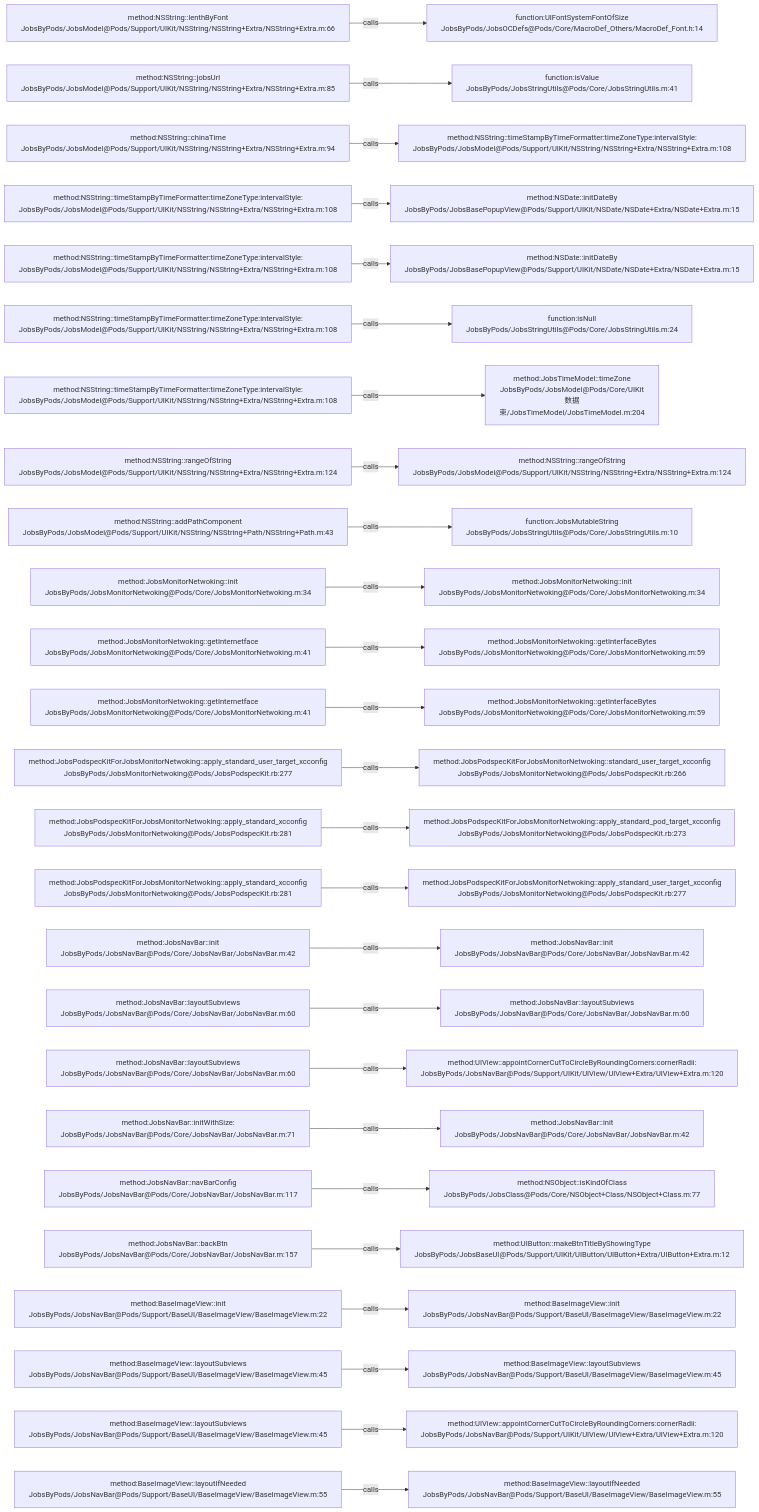
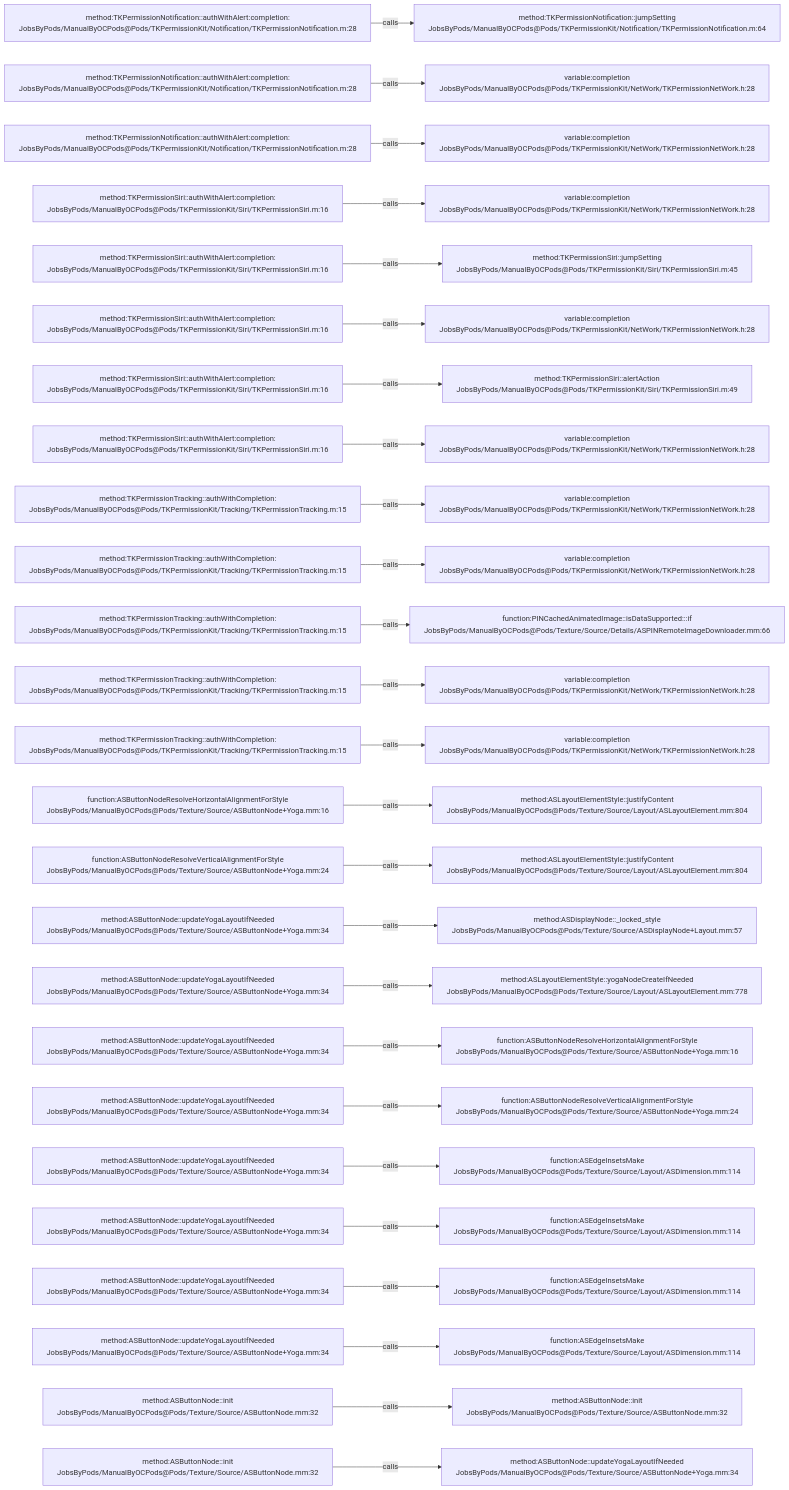
One commit to JobsKits/JobsOCBaseConfigDemo changed the diagram in .codegraph/codegraph.md/graphs/calls-078.md. Above: the diagram before and after it, drawn with Mermaid. The commit also changed 2162 other files, not shown here.

````diff
--- a/.codegraph/codegraph.md/graphs/calls-078.md
+++ b/.codegraph/codegraph.md/graphs/calls-078.md
@@ -13,78 +13,78 @@
 ```mermaid
 flowchart LR
-  S1["method:NSString::lenthByFont<br/>JobsByPods/JobsModel@Pods/Support/UIKit/NSString/NSString+Extra/NSString+Extra.m:66"]
-  T1["function:UIFontSystemFontOfSize<br/>JobsByPods/JobsOCDefs@Pods/Core/MacroDef_Others/MacroDef_Font.h:14"]
+  S1["method:TKPermissionNotification::authWithAlert:completion:<br/>JobsByPods/ManualByOCPods@Pods/TKPermissionKit/Notification/TKPermissionNotification.m:28"]
+  T1["method:TKPermissionNotification::jumpSetting<br/>JobsByPods/ManualByOCPods@Pods/TKPermissionKit/Notification/TKPermissionNotification.m:64"]
   S1 -->|calls| T1
-  S2["method:NSString::jobsUrl<br/>JobsByPods/JobsModel@Pods/Support/UIKit/NSString/NSString+Extra/NSString+Extra.m:85"]
-  T2["function:isValue<br/>JobsByPods/JobsStringUtils@Pods/Core/JobsStringUtils.m:41"]
+  S2["method:TKPermissionNotification::authWithAlert:completion:<br/>JobsByPods/ManualByOCPods@Pods/TKPermissionKit/Notification/TKPermissionNotification.m:28"]
+  T2["variable:completion<br/>JobsByPods/ManualByOCPods@Pods/TKPermissionKit/NetWork/TKPermissionNetWork.h:28"]
   S2 -->|calls| T2
-  S3["method:NSString::chinaTime<br/>JobsByPods/JobsModel@Pods/Support/UIKit/NSString/NSString+Extra/NSString+Extra.m:94"]
-  T3["method:NSString::timeStampByTimeFormatter:timeZoneType:intervalStyle:<br/>JobsByPods/JobsModel@Pods/Support/UIKit/NSString/NSString+Extra/NSString+Extra.m:108"]
+  S3["method:TKPermissionNotification::authWithAlert:completion:<br/>JobsByPods/ManualByOCPods@Pods/TKPermissionKit/Notification/TKPermissionNotification.m:28"]
+  T3["variable:completion<br/>JobsByPods/ManualByOCPods@Pods/TKPermissionKit/NetWork/TKPermissionNetWork.h:28"]
   S3 -->|calls| T3
-  S4["method:NSString::timeStampByTimeFormatter:timeZoneType:intervalStyle:<br/>JobsByPods/JobsModel@Pods/Support/UIKit/NSString/NSString+Extra/NSString+Extra.m:108"]
-  T4["method:NSDate::initDateBy<br/>JobsByPods/JobsBasePopupView@Pods/Support/UIKit/NSDate/NSDate+Extra/NSDate+Extra.m:15"]
+  S4["method:TKPermissionSiri::authWithAlert:completion:<br/>JobsByPods/ManualByOCPods@Pods/TKPermissionKit/Siri/TKPermissionSiri.m:16"]
+  T4["variable:completion<br/>JobsByPods/ManualByOCPods@Pods/TKPermissionKit/NetWork/TKPermissionNetWork.h:28"]
   S4 -->|calls| T4
-  S5["method:NSString::timeStampByTimeFormatter:timeZoneType:intervalStyle:<br/>JobsByPods/JobsModel@Pods/Support/UIKit/NSString/NSString+Extra/NSString+Extra.m:108"]
-  T5["method:NSDate::initDateBy<br/>JobsByPods/JobsBasePopupView@Pods/Support/UIKit/NSDate/NSDate+Extra/NSDate+Extra.m:15"]
+  S5["method:TKPermissionSiri::authWithAlert:completion:<br/>JobsByPods/ManualByOCPods@Pods/TKPermissionKit/Siri/TKPermissionSiri.m:16"]
+  T5["method:TKPermissionSiri::jumpSetting<br/>JobsByPods/ManualByOCPods@Pods/TKPermissionKit/Siri/TKPermissionSiri.m:45"]
   S5 -->|calls| T5
-  S6["method:NSString::timeStampByTimeFormatter:timeZoneType:intervalStyle:<br/>JobsByPods/JobsModel@Pods/Support/UIKit/NSString/NSString+Extra/NSString+Extra.m:108"]
-  T6["function:isNull<br/>JobsByPods/JobsStringUtils@Pods/Core/JobsStringUtils.m:24"]
+  S6["method:TKPermissionSiri::authWithAlert:completion:<br/>JobsByPods/ManualByOCPods@Pods/TKPermissionKit/Siri/TKPermissionSiri.m:16"]
+  T6["variable:completion<br/>JobsByPods/ManualByOCPods@Pods/TKPermissionKit/NetWork/TKPermissionNetWork.h:28"]
   S6 -->|calls| T6
-  S7["method:NSString::timeStampByTimeFormatter:timeZoneType:intervalStyle:<br/>JobsByPods/JobsModel@Pods/Support/UIKit/NSString/NSString+Extra/NSString+Extra.m:108"]
-  T7["method:JobsTimeModel::timeZone<br/>JobsByPods/JobsModel@Pods/Core/UIKit数据束/JobsTimeModel/JobsTimeModel.m:204"]
+  S7["method:TKPermissionSiri::authWithAlert:completion:<br/>JobsByPods/ManualByOCPods@Pods/TKPermissionKit/Siri/TKPermissionSiri.m:16"]
+  T7["method:TKPermissionSiri::alertAction<br/>JobsByPods/ManualByOCPods@Pods/TKPermissionKit/Siri/TKPermissionSiri.m:49"]
   S7 -->|calls| T7
-  S8["method:NSString::rangeOfString<br/>JobsByPods/JobsModel@Pods/Support/UIKit/NSString/NSString+Extra/NSString+Extra.m:124"]
-  T8["method:NSString::rangeOfString<br/>JobsByPods/JobsModel@Pods/Support/UIKit/NSString/NSString+Extra/NSString+Extra.m:124"]
+  S8["method:TKPermissionSiri::authWithAlert:completion:<br/>JobsByPods/ManualByOCPods@Pods/TKPermissionKit/Siri/TKPermissionSiri.m:16"]
+  T8["variable:completion<br/>JobsByPods/ManualByOCPods@Pods/TKPermissionKit/NetWork/TKPermissionNetWork.h:28"]
   S8 -->|calls| T8
-  S9["method:NSString::addPathComponent<br/>JobsByPods/JobsModel@Pods/Support/UIKit/NSString/NSString+Path/NSString+Path.m:43"]
-  T9["function:JobsMutableString<br/>JobsByPods/JobsStringUtils@Pods/Core/JobsStringUtils.m:10"]
+  S9["method:TKPermissionTracking::authWithCompletion:<br/>JobsByPods/ManualByOCPods@Pods/TKPermissionKit/Tracking/TKPermissionTracking.m:15"]
+  T9["variable:completion<br/>JobsByPods/ManualByOCPods@Pods/TKPermissionKit/NetWork/TKPermissionNetWork.h:28"]
   S9 -->|calls| T9
-  S10["method:JobsMonitorNetwoking::init<br/>JobsByPods/JobsMonitorNetwoking@Pods/Core/JobsMonitorNetwoking.m:34"]
-  T10["method:JobsMonitorNetwoking::init<br/>JobsByPods/JobsMonitorNetwoking@Pods/Core/JobsMonitorNetwoking.m:34"]
+  S10["method:TKPermissionTracking::authWithCompletion:<br/>JobsByPods/ManualByOCPods@Pods/TKPermissionKit/Tracking/TKPermissionTracking.m:15"]
+  T10["variable:completion<br/>JobsByPods/ManualByOCPods@Pods/TKPermissionKit/NetWork/TKPermissionNetWork.h:28"]
   S10 -->|calls| T10
-  S11["method:JobsMonitorNetwoking::getInternetface<br/>JobsByPods/JobsMonitorNetwoking@Pods/Core/JobsMonitorNetwoking.m:41"]
-  T11["method:JobsMonitorNetwoking::getInterfaceBytes<br/>JobsByPods/JobsMonitorNetwoking@Pods/Core/JobsMonitorNetwoking.m:59"]
+  S11["method:TKPermissionTracking::authWithCompletion:<br/>JobsByPods/ManualByOCPods@Pods/TKPermissionKit/Tracking/TKPermissionTracking.m:15"]
+  T11["function:PINCachedAnimatedImage::isDataSupported:::if<br/>JobsByPods/ManualByOCPods@Pods/Texture/Source/Details/ASPINRemoteImageDownloader.mm:66"]
   S11 -->|calls| T11
-  S12["method:JobsMonitorNetwoking::getInternetface<br/>JobsByPods/JobsMonitorNetwoking@Pods/Core/JobsMonitorNetwoking.m:41"]
-  T12["method:JobsMonitorNetwoking::getInterfaceBytes<br/>JobsByPods/JobsMonitorNetwoking@Pods/Core/JobsMonitorNetwoking.m:59"]
+  S12["method:TKPermissionTracking::authWithCompletion:<br/>JobsByPods/ManualByOCPods@Pods/TKPermissionKit/Tracking/TKPermissionTracking.m:15"]
+  T12["variable:completion<br/>JobsByPods/ManualByOCPods@Pods/TKPermissionKit/NetWork/TKPermissionNetWork.h:28"]
   S12 -->|calls| T12
-  S13["method:JobsPodspecKitForJobsMonitorNetwoking::apply_standard_user_target_xcconfig<br/>JobsByPods/JobsMonitorNetwoking@Pods/JobsPodspecKit.rb:277"]
-  T13["method:JobsPodspecKitForJobsMonitorNetwoking::standard_user_target_xcconfig<br/>JobsByPods/JobsMonitorNetwoking@Pods/JobsPodspecKit.rb:266"]
+  S13["method:TKPermissionTracking::authWithCompletion:<br/>JobsByPods/ManualByOCPods@Pods/TKPermissionKit/Tracking/TKPermissionTracking.m:15"]
+  T13["variable:completion<br/>JobsByPods/ManualByOCPods@Pods/TKPermissionKit/NetWork/TKPermissionNetWork.h:28"]
   S13 -->|calls| T13
-  S14["method:JobsPodspecKitForJobsMonitorNetwoking::apply_standard_xcconfig<br/>JobsByPods/JobsMonitorNetwoking@Pods/JobsPodspecKit.rb:281"]
-  T14["method:JobsPodspecKitForJobsMonitorNetwoking::apply_standard_pod_target_xcconfig<br/>JobsByPods/JobsMonitorNetwoking@Pods/JobsPodspecKit.rb:273"]
+  S14["function:ASButtonNodeResolveHorizontalAlignmentForStyle<br/>JobsByPods/ManualByOCPods@Pods/Texture/Source/ASButtonNode+Yoga.mm:16"]
+  T14["method:ASLayoutElementStyle::justifyContent<br/>JobsByPods/ManualByOCPods@Pods/Texture/Source/Layout/ASLayoutElement.mm:804"]
   S14 -->|calls| T14
-  S15["method:JobsPodspecKitForJobsMonitorNetwoking::apply_standard_xcconfig<br/>JobsByPods/JobsMonitorNetwoking@Pods/JobsPodspecKit.rb:281"]
-  T15["method:JobsPodspecKitForJobsMonitorNetwoking::apply_standard_user_target_xcconfig<br/>JobsByPods/JobsMonitorNetwoking@Pods/JobsPodspecKit.rb:277"]
+  S15["function:ASButtonNodeResolveVerticalAlignmentForStyle<br/>JobsByPods/ManualByOCPods@Pods/Texture/Source/ASButtonNode+Yoga.mm:24"]
+  T15["method:ASLayoutElementStyle::justifyContent<br/>JobsByPods/ManualByOCPods@Pods/Texture/Source/Layout/ASLayoutElement.mm:804"]
   S15 -->|calls| T15
-  S16["method:JobsNavBar::init<br/>JobsByPods/JobsNavBar@Pods/Core/JobsNavBar/JobsNavBar.m:42"]
-  T16["method:JobsNavBar::init<br/>JobsByPods/JobsNavBar@Pods/Core/JobsNavBar/JobsNavBar.m:42"]
+  S16["method:ASButtonNode::updateYogaLayoutIfNeeded<br/>JobsByPods/ManualByOCPods@Pods/Texture/Source/ASButtonNode+Yoga.mm:34"]
+  T16["method:ASDisplayNode::_locked_style<br/>JobsByPods/ManualByOCPods@Pods/Texture/Source/ASDisplayNode+Layout.mm:57"]
   S16 -->|calls| T16
-  S17["method:JobsNavBar::layoutSubviews<br/>JobsByPods/JobsNavBar@Pods/Core/JobsNavBar/JobsNavBar.m:60"]
-  T17["method:JobsNavBar::layoutSubviews<br/>JobsByPods/JobsNavBar@Pods/Core/JobsNavBar/JobsNavBar.m:60"]
+  S17["method:ASButtonNode::updateYogaLayoutIfNeeded<br/>JobsByPods/ManualByOCPods@Pods/Texture/Source/ASButtonNode+Yoga.mm:34"]
+  T17["method:ASLayoutElementStyle::yogaNodeCreateIfNeeded<br/>JobsByPods/ManualByOCPods@Pods/Texture/Source/Layout/ASLayoutElement.mm:778"]
   S17 -->|calls| T17
-  S18["method:JobsNavBar::layoutSubviews<br/>JobsByPods/JobsNavBar@Pods/Core/JobsNavBar/JobsNavBar.m:60"]
-  T18["method:UIView::appointCornerCutToCircleByRoundingCorners:cornerRadii:<br/>JobsByPods/JobsNavBar@Pods/Support/UIKit/UIView/UIView+Extra/UIView+Extra.m:120"]
+  S18["method:ASButtonNode::updateYogaLayoutIfNeeded<br/>JobsByPods/ManualByOCPods@Pods/Texture/Source/ASButtonNode+Yoga.mm:34"]
+  T18["function:ASButtonNodeResolveHorizontalAlignmentForStyle<br/>JobsByPods/ManualByOCPods@Pods/Texture/Source/ASButtonNode+Yoga.mm:16"]
   S18 -->|calls| T18
-  S19["method:JobsNavBar::initWithSize:<br/>JobsByPods/JobsNavBar@Pods/Core/JobsNavBar/JobsNavBar.m:71"]
-  T19["method:JobsNavBar::init<br/>JobsByPods/JobsNavBar@Pods/Core/JobsNavBar/JobsNavBar.m:42"]
+  S19["method:ASButtonNode::updateYogaLayoutIfNeeded<br/>JobsByPods/ManualByOCPods@Pods/Texture/Source/ASButtonNode+Yoga.mm:34"]
+  T19["function:ASButtonNodeResolveVerticalAlignmentForStyle<br/>JobsByPods/ManualByOCPods@Pods/Texture/Source/ASButtonNode+Yoga.mm:24"]
   S19 -->|calls| T19
-  S20["method:JobsNavBar::navBarConfig<br/>JobsByPods/JobsNavBar@Pods/Core/JobsNavBar/JobsNavBar.m:117"]
-  T20["method:NSObject::isKindOfClass<br/>JobsByPods/JobsClass@Pods/Core/NSObject+Class/NSObject+Class.m:77"]
+  S20["method:ASButtonNode::updateYogaLayoutIfNeeded<br/>JobsByPods/ManualByOCPods@Pods/Texture/Source/ASButtonNode+Yoga.mm:34"]
+  T20["function:ASEdgeInsetsMake<br/>JobsByPods/ManualByOCPods@Pods/Texture/Source/Layout/ASDimension.mm:114"]
   S20 -->|calls| T20
-  S21["method:JobsNavBar::backBtn<br/>JobsByPods/JobsNavBar@Pods/Core/JobsNavBar/JobsNavBar.m:157"]
-  T21["method:UIButton::makeBtnTitleByShowingType<br/>JobsByPods/JobsBaseUI@Pods/Support/UIKit/UIButton/UIButton+Extra/UIButton+Extra.m:12"]
+  S21["method:ASButtonNode::updateYogaLayoutIfNeeded<br/>JobsByPods/ManualByOCPods@Pods/Texture/Source/ASButtonNode+Yoga.mm:34"]
+  T21["function:ASEdgeInsetsMake<br/>JobsByPods/ManualByOCPods@Pods/Texture/Source/Layout/ASDimension.mm:114"]
   S21 -->|calls| T21
-  S22["method:BaseImageView::init<br/>JobsByPods/JobsNavBar@Pods/Support/BaseUI/BaseImageView/BaseImageView.m:22"]
-  T22["method:BaseImageView::init<br/>JobsByPods/JobsNavBar@Pods/Support/BaseUI/BaseImageView/BaseImageView.m:22"]
+  S22["method:ASButtonNode::updateYogaLayoutIfNeeded<br/>JobsByPods/ManualByOCPods@Pods/Texture/Source/ASButtonNode+Yoga.mm:34"]
+  T22["function:ASEdgeInsetsMake<br/>JobsByPods/ManualByOCPods@Pods/Texture/Source/Layout/ASDimension.mm:114"]
   S22 -->|calls| T22
-  S23["method:BaseImageView::layoutSubviews<br/>JobsByPods/JobsNavBar@Pods/Support/BaseUI/BaseImageView/BaseImageView.m:45"]
-  T23["method:BaseImageView::layoutSubviews<br/>JobsByPods/JobsNavBar@Pods/Support/BaseUI/BaseImageView/BaseImageView.m:45"]
+  S23["method:ASButtonNode::updateYogaLayoutIfNeeded<br/>JobsByPods/ManualByOCPods@Pods/Texture/Source/ASButtonNode+Yoga.mm:34"]
+  T23["function:ASEdgeInsetsMake<br/>JobsByPods/ManualByOCPods@Pods/Texture/Source/Layout/ASDimension.mm:114"]
   S23 -->|calls| T23
-  S24["method:BaseImageView::layoutSubviews<br/>JobsByPods/JobsNavBar@Pods/Support/BaseUI/BaseImageView/BaseImageView.m:45"]
-  T24["method:UIView::appointCornerCutToCircleByRoundingCorners:cornerRadii:<br/>JobsByPods/JobsNavBar@Pods/Support/UIKit/UIView/UIView+Extra/UIView+Extra.m:120"]
+  S24["method:ASButtonNode::init<br/>JobsByPods/ManualByOCPods@Pods/Texture/Source/ASButtonNode.mm:32"]
+  T24["method:ASButtonNode::init<br/>JobsByPods/ManualByOCPods@Pods/Texture/Source/ASButtonNode.mm:32"]
   S24 -->|calls| T24
-  S25["method:BaseImageView::layoutIfNeeded<br/>JobsByPods/JobsNavBar@Pods/Support/BaseUI/BaseImageView/BaseImageView.m:55"]
-  T25["method:BaseImageView::layoutIfNeeded<br/>JobsByPods/JobsNavBar@Pods/Support/BaseUI/BaseImageView/BaseImageView.m:55"]
+  S25["method:ASButtonNode::init<br/>JobsByPods/ManualByOCPods@Pods/Texture/Source/ASButtonNode.mm:32"]
+  T25["method:ASButtonNode::updateYogaLayoutIfNeeded<br/>JobsByPods/ManualByOCPods@Pods/Texture/Source/ASButtonNode+Yoga.mm:34"]
   S25 -->|calls| T25
 ```
````
